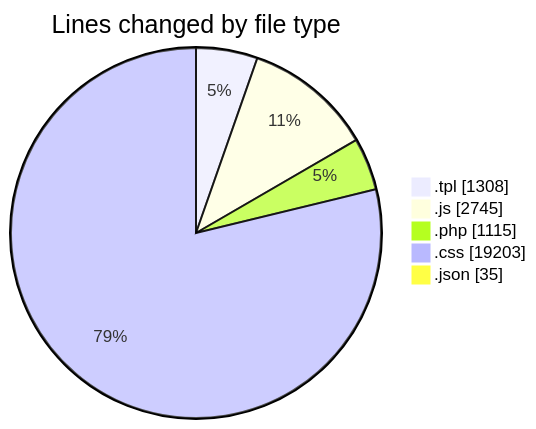
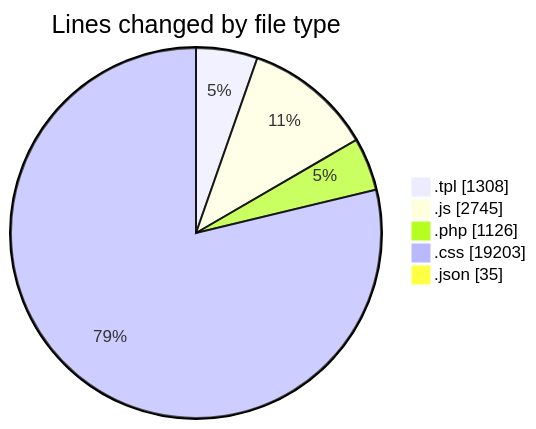
One commit to vahidmafi/code-tracking changed the first of 2 diagrams in 2025-03-24/zeytoon/README.md. Above: the diagram before and after it, drawn with Mermaid. The commit also changed other lines of this file and 1 other file, not shown here.

````diff
--- a/2025-03-24/zeytoon/README.md
+++ b/2025-03-24/zeytoon/README.md
@@ -26,9 +26,9 @@
 ```mermaid
 pie showData
 title Lines changed by file type
 ".tpl" : 1308
 ".js" : 2745
-".php" : 1115
+".php" : 1126
 ".css" : 19203
 ".json" : 35
 ```
````
